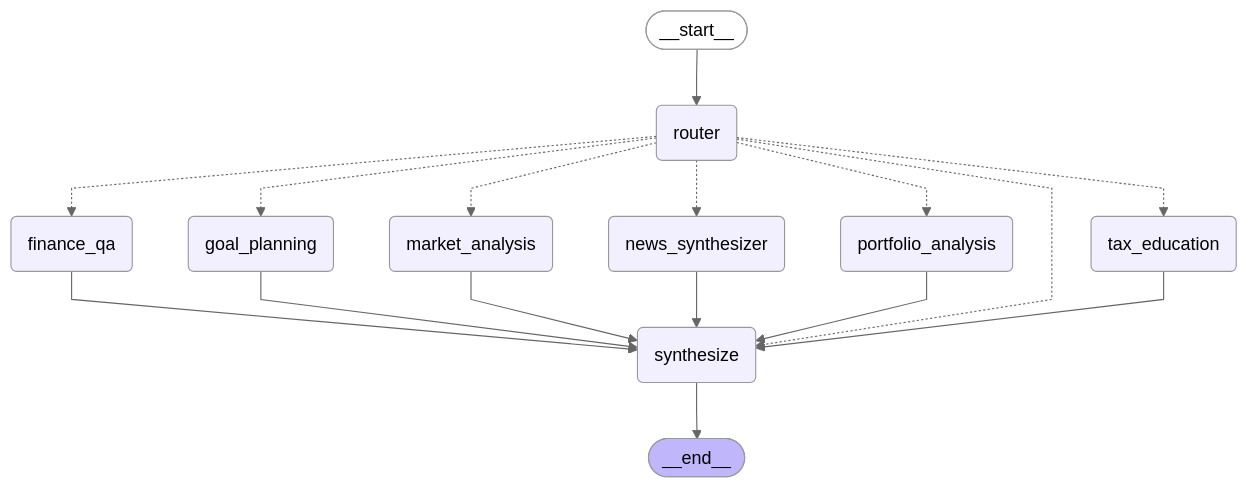
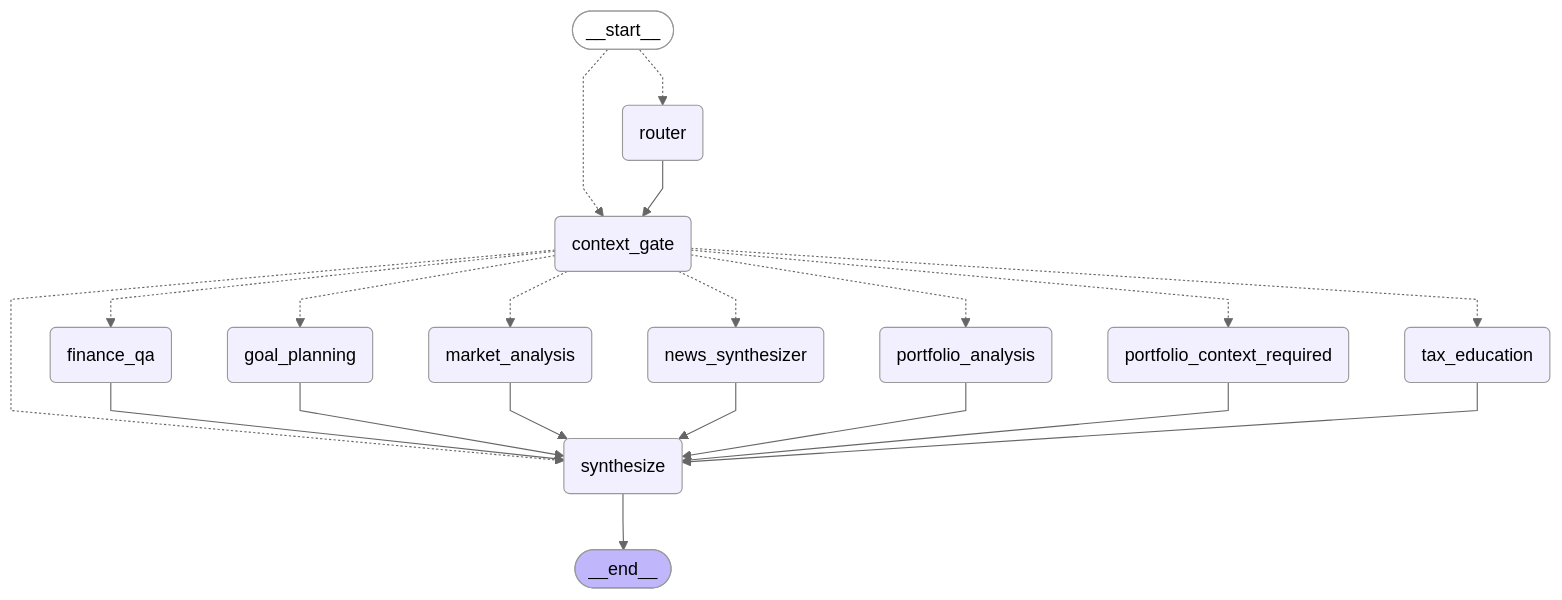
Before and after one commit to hankgalt/ai_finance_assitant: the diagram in backend/artifacts/m4/graph.mermaid, drawn with Mermaid (neutral theme). The commit also changed 56 other files, not shown here.

```diff
--- a/backend/artifacts/m4/graph.mermaid
+++ b/backend/artifacts/m4/graph.mermaid
@@ -1,34 +1,40 @@
 ---
 config:
   flowchart:
     curve: linear
 ---
 graph TD;
 	__start__([<p>__start__</p>]):::first
 	router(router)
+	context_gate(context_gate)
+	portfolio_context_required(portfolio_context_required)
 	finance_qa(finance_qa)
 	portfolio_analysis(portfolio_analysis)
 	market_analysis(market_analysis)
 	goal_planning(goal_planning)
 	news_synthesizer(news_synthesizer)
 	tax_education(tax_education)
 	synthesize(synthesize)
 	__end__([<p>__end__</p>]):::last
-	__start__ --> router;
+	__start__ -.-> context_gate;
+	__start__ -.-> router;
+	context_gate -.-> finance_qa;
+	context_gate -.-> goal_planning;
+	context_gate -.-> market_analysis;
+	context_gate -.-> news_synthesizer;
+	context_gate -.-> portfolio_analysis;
+	context_gate -.-> portfolio_context_required;
+	context_gate -.-> synthesize;
+	context_gate -.-> tax_education;
 	finance_qa --> synthesize;
 	goal_planning --> synthesize;
 	market_analysis --> synthesize;
 	news_synthesizer --> synthesize;
 	portfolio_analysis --> synthesize;
-	router -.-> finance_qa;
-	router -.-> goal_planning;
-	router -.-> market_analysis;
-	router -.-> news_synthesizer;
-	router -.-> portfolio_analysis;
-	router -.-> synthesize;
-	router -.-> tax_education;
+	portfolio_context_required --> synthesize;
+	router --> context_gate;
 	tax_education --> synthesize;
 	synthesize --> __end__;
 	classDef default fill:#f2f0ff,line-height:1.2
 	classDef first fill-opacity:0
 	classDef last fill:#bfb6fc
```
